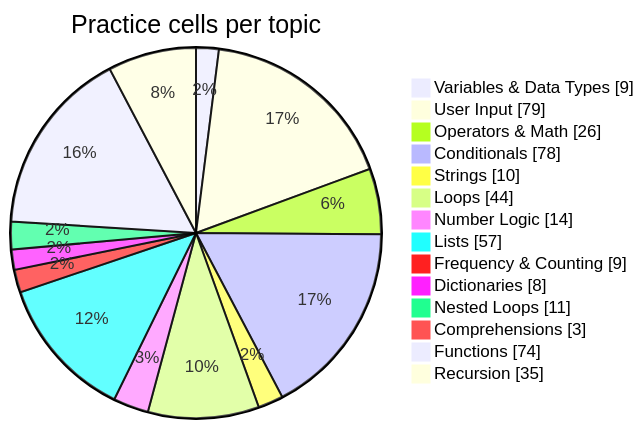
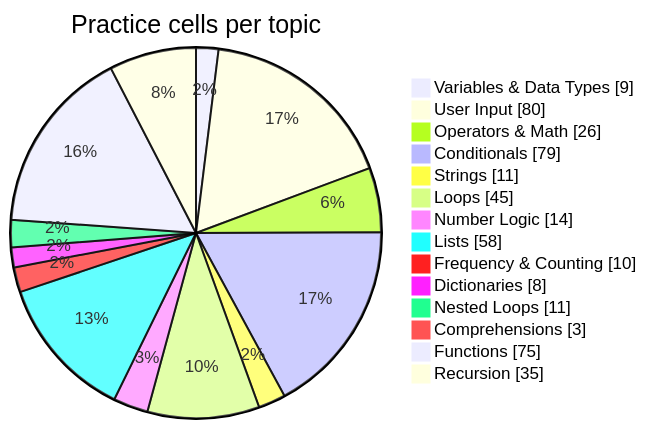
One commit to Phantom2101/Python-Daily-Practice changed the diagram in README.md. Above: the diagram before and after it, drawn with Mermaid. The commit also changed other lines of this file and 1 other file, not shown here.

````diff
--- a/README.md
+++ b/README.md
@@ -126,17 +126,17 @@
 ```mermaid
 pie showData title Practice cells per topic
     "Variables & Data Types" : 9
-    "User Input" : 79
+    "User Input" : 80
     "Operators & Math" : 26
-    "Conditionals" : 78
-    "Strings" : 10
-    "Loops" : 44
+    "Conditionals" : 79
+    "Strings" : 11
+    "Loops" : 45
     "Number Logic" : 14
-    "Lists" : 57
-    "Frequency & Counting" : 9
+    "Lists" : 58
+    "Frequency & Counting" : 10
     "Dictionaries" : 8
     "Nested Loops" : 11
     "Comprehensions" : 3
-    "Functions" : 74
+    "Functions" : 75
     "Recursion" : 35
 ```
````
